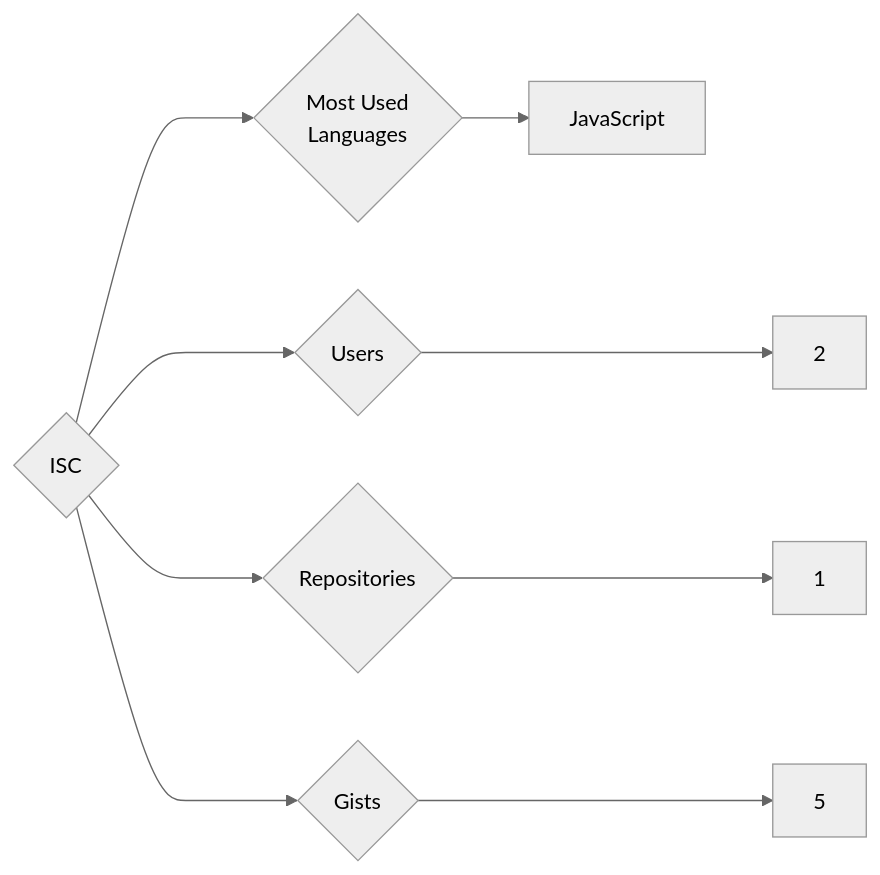
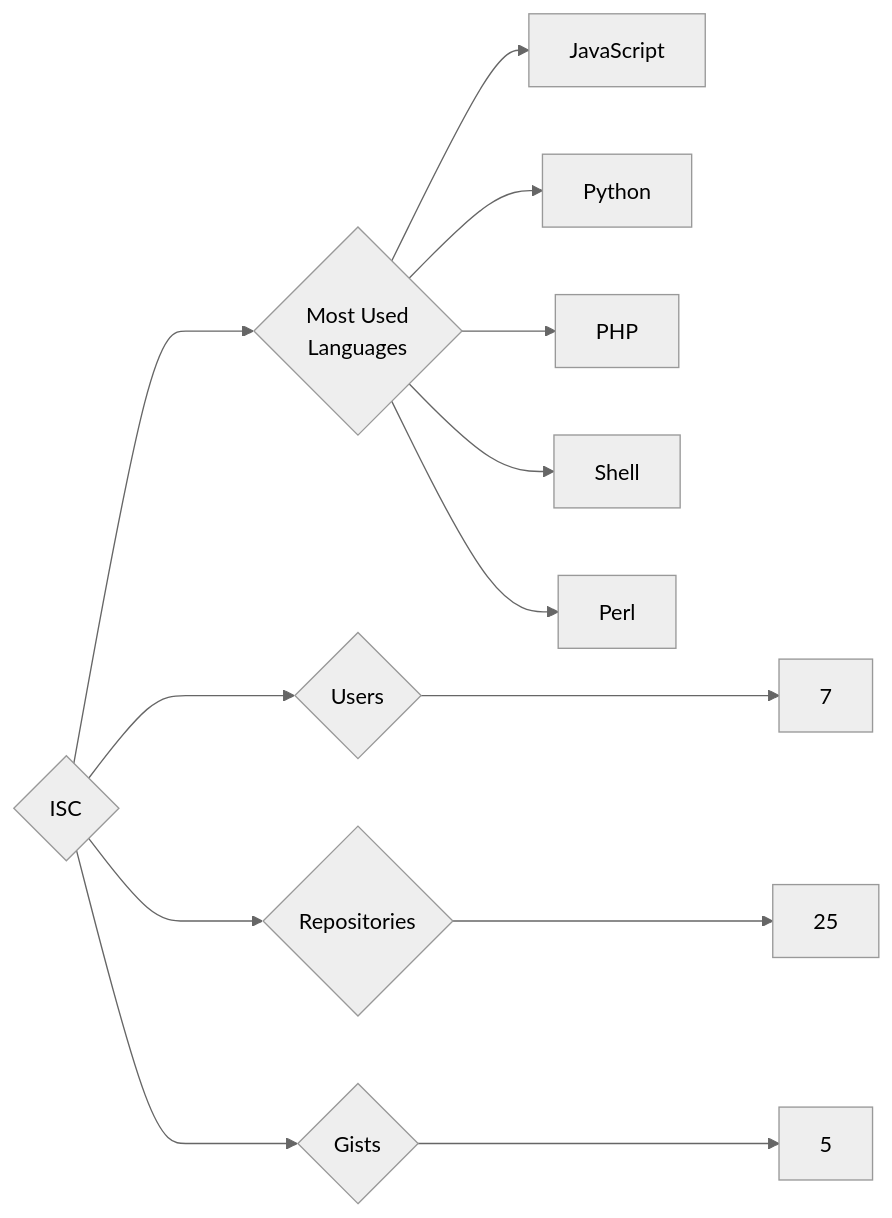
Before and after one commit to trickest/insiders: the diagram in targets/ISC/README.md, drawn with Mermaid (neutral theme). The commit also changed 545 other files, not shown here.

````diff
--- a/targets/ISC/README.md
+++ b/targets/ISC/README.md
@@ -3,9 +3,13 @@
 ```mermaid
 graph LR
 COMPANY_NAME{ISC}
-COMPANY_NAME ---> U{Users} ---> UN[2]
-COMPANY_NAME ---> R{Repositories} ---> RN[1]
+COMPANY_NAME ---> U{Users} ---> UN[7]
+COMPANY_NAME ---> R{Repositories} ---> RN[25]
 COMPANY_NAME ---> G{Gists} ---> GN[5]
 COMPANY_NAME ---> ML{Most Used<br>Languages}
 ML --> JavaScript[JavaScript]
+ML --> Python[Python]
+ML --> PHP[PHP]
+ML --> Shell[Shell]
+ML --> Perl[Perl]
 ```
````
